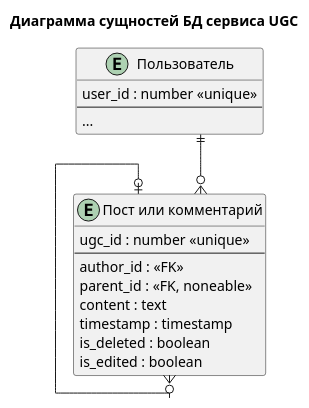
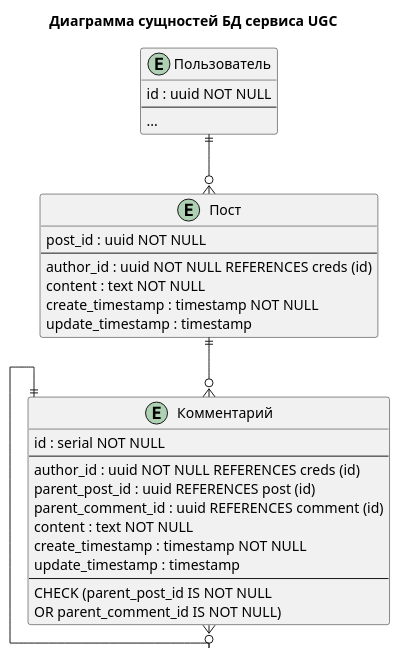
One commit to sermir2003/my-tiny-social-network changed the diagram in docs/erd-ugc.plantuml. Above: the diagram before and after it, drawn with PlantUML.

Commit message:
improved erd-ugc

```diff
--- a/docs/erd-ugc.plantuml
+++ b/docs/erd-ugc.plantuml
@@ -1,29 +1,42 @@
 @startuml erd-ugc
 
 skinparam linetype ortho
 
 title
     Диаграмма сущностей БД сервиса UGC
 end title
 
-entity "Пользователь" as user {
-    user_id : number <<unique>>
+entity "Пользователь" as cred {
+    id : uuid NOT NULL
     --
     ...
 }
 
-entity "Пост или комментарий" as ugc {
-    ugc_id : number <<unique>>
+entity "Пост" as post {
+    post_id : uuid NOT NULL
     --
-    author_id : <<FK>>
-    parent_id : <<FK, noneable>>
-    content : text
-    timestamp : timestamp
-    is_deleted : boolean
-    is_edited : boolean
+    author_id : uuid NOT NULL REFERENCES creds (id)
+    content : text NOT NULL
+    create_timestamp : timestamp NOT NULL
+    update_timestamp : timestamp
 }
 
-user ||--o{ ugc
-ugc |o--o{ ugc
+entity "Комментарий" as comment {
+    id : serial NOT NULL
+    --
+    author_id : uuid NOT NULL REFERENCES creds (id)
+    parent_post_id : uuid REFERENCES post (id)
+    parent_comment_id : uuid REFERENCES comment (id)
+    content : text NOT NULL
+    create_timestamp : timestamp NOT NULL
+    update_timestamp : timestamp
+    --
+    CHECK (parent_post_id IS NOT NULL
+    OR parent_comment_id IS NOT NULL)
+}
+
+cred ||--o{ post
+post ||--o{ comment
+comment ||--o{ comment
 
 @enduml
```
